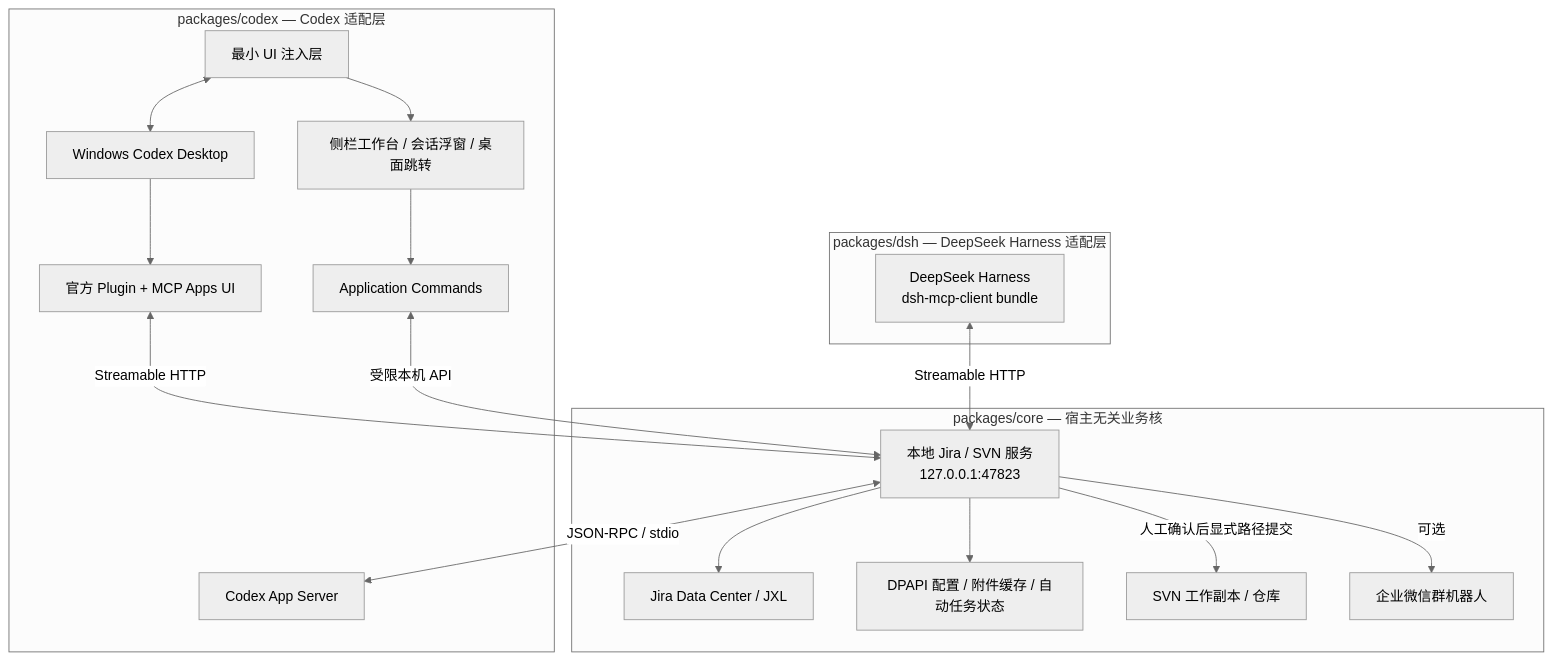
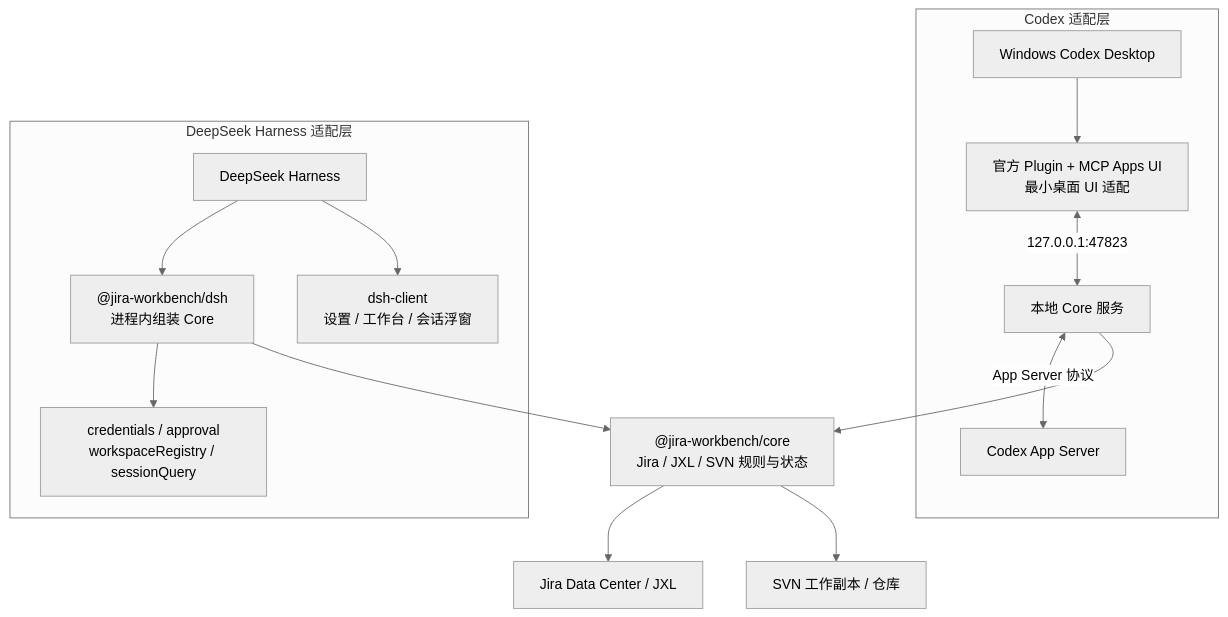
Before and after one commit to yzj555/jira-codex-panel-poc: the diagram in README.md, drawn with Mermaid (neutral theme). The commit also changed other lines of this file and 74 other files, not shown here.

````diff
--- a/README.md
+++ b/README.md
@@ -32,25 +33,21 @@
 ```mermaid
 flowchart TB
-    subgraph Core["packages/core — 宿主无关业务核"]
-        Server["本地 Jira / SVN 服务<br/>127.0.0.1:47823"]
-        Server --> Jira["Jira Data Center / JXL"]
-        Server --> UserData["DPAPI 配置 / 附件缓存 / 自动任务状态"]
-        Server -->|人工确认后显式路径提交| SVN["SVN 工作副本 / 仓库"]
-        Server -->|可选| WeCom["企业微信群机器人"]
+    Core["@jira-workbench/core<br/>Jira / JXL / SVN 规则与状态"]
+    Core --> Jira["Jira Data Center / JXL"]
+    Core --> SVN["SVN 工作副本 / 仓库"]
+
+    subgraph CodexShell["Codex 适配层"]
+        Codex["Windows Codex Desktop"] --> CodexUI["官方 Plugin + MCP Apps UI<br/>最小桌面 UI 适配"]
+        CodexUI <-->|127.0.0.1:47823| CodexService["本地 Core 服务"]
+        CodexService <-->|App Server 协议| AppServer["Codex App Server"]
     end
 
-    subgraph CodexShell["packages/codex — Codex 适配层"]
-        Codex["Windows Codex Desktop"] --> Plugin["官方 Plugin + MCP Apps UI"]
-        Plugin <-->|Streamable HTTP| Server
-        Server <-->|JSON-RPC / stdio| AppServer["Codex App Server"]
-        Injector["最小 UI 注入层"] <--> Codex
-        Injector --> Sidebar["侧栏工作台 / 会话浮窗 / 桌面跳转"]
-        Sidebar --> Commands["Application Commands"]
-        Commands <-->|受限本机 API| Server
+    subgraph DSHShell["DeepSeek Harness 适配层"]
+        DSH["DeepSeek Harness"] --> DSHHost["@jira-workbench/dsh<br/>进程内组装 Core"]
+        DSH --> DSHUI["dsh-client<br/>设置 / 工作台 / 会话浮窗"]
+        DSHHost --> DSHProviders["credentials / approval<br/>workspaceRegistry / sessionQuery"]
     end
 
-    subgraph DSHShell["packages/dsh — DeepSeek Harness 适配层"]
-        DSH["DeepSeek Harness<br/>dsh-mcp-client bundle"]
-        DSH <-->|Streamable HTTP| Server
-    end
+    CodexService --> Core
+    DSHHost --> Core
 ```
````
